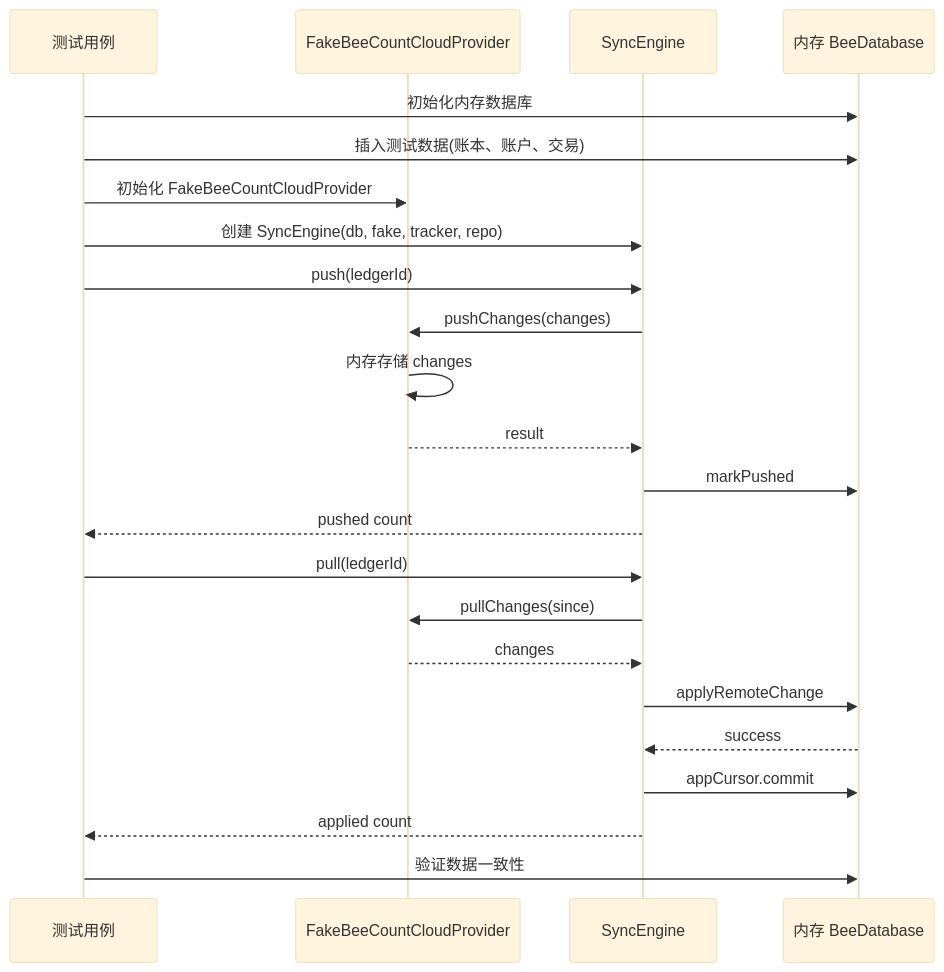
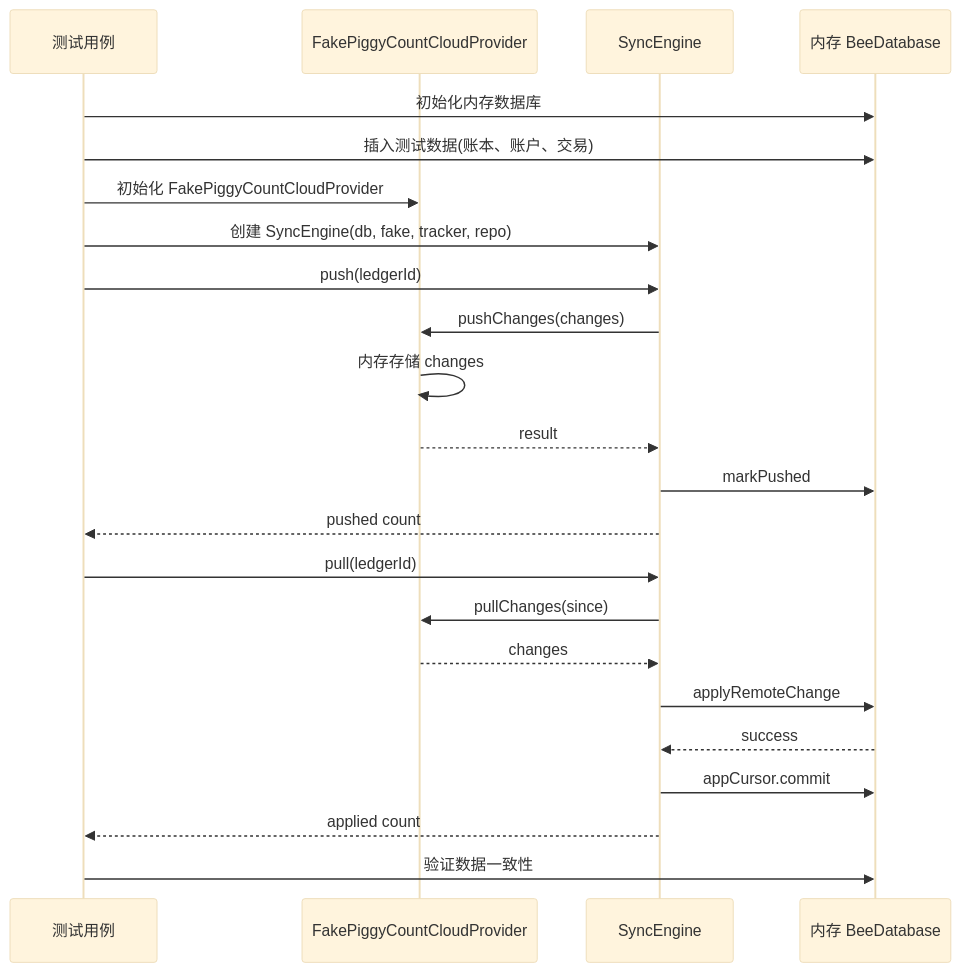
One commit to mecoren/PiggyCount changed the fifth of 5 diagrams in docoments/10-testing-strategy.md. Above: the diagram before and after it, drawn with Mermaid (base theme). The commit also changed other lines of this file and 91 other files, not shown here.

````diff
--- a/docoments/10-testing-strategy.md
+++ b/docoments/10-testing-strategy.md
@@ -367,29 +367,29 @@
 ```mermaid
 sequenceDiagram
     participant Test as 测试用例
-    participant Fake as FakeBeeCountCloudProvider
+    participant Fake as FakePiggyCountCloudProvider
     participant Engine as SyncEngine
     participant DB as 内存 BeeDatabase
 
     Test->>DB: 初始化内存数据库
     Test->>DB: 插入测试数据(账本、账户、交易)
-    Test->>Fake: 初始化 FakeBeeCountCloudProvider
+    Test->>Fake: 初始化 FakePiggyCountCloudProvider
     Test->>Engine: 创建 SyncEngine(db, fake, tracker, repo)
 
     Test->>Engine: push(ledgerId)
     Engine->>Fake: pushChanges(changes)
     Fake->>Fake: 内存存储 changes
     Fake-->>Engine: result
     Engine->>DB: markPushed
     Engine-->>Test: pushed count
 
     Test->>Engine: pull(ledgerId)
     Engine->>Fake: pullChanges(since)
     Fake-->>Engine: changes
     Engine->>DB: applyRemoteChange
     DB-->>Engine: success
     Engine->>DB: appCursor.commit
     Engine-->>Test: applied count
 
     Test->>DB: 验证数据一致性
 ```
````
